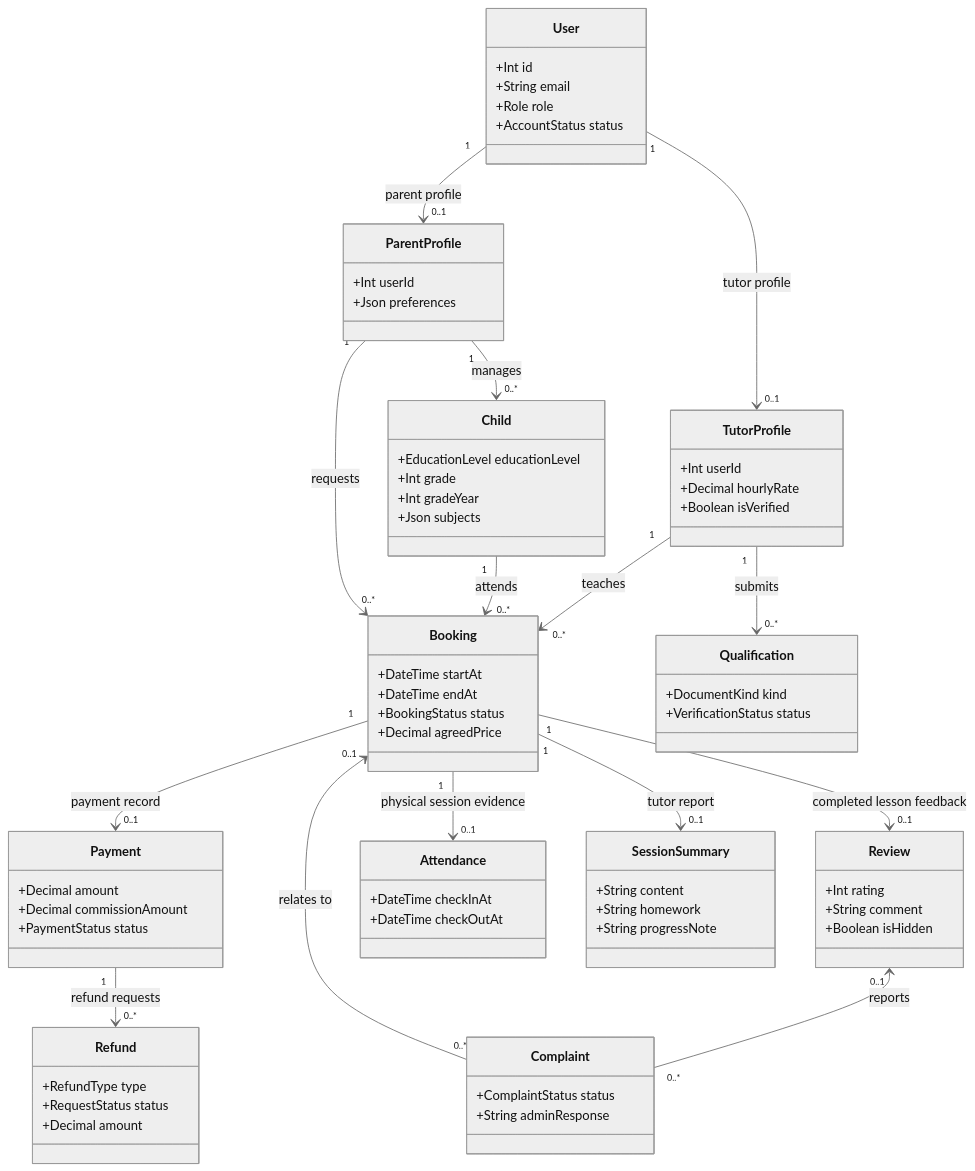
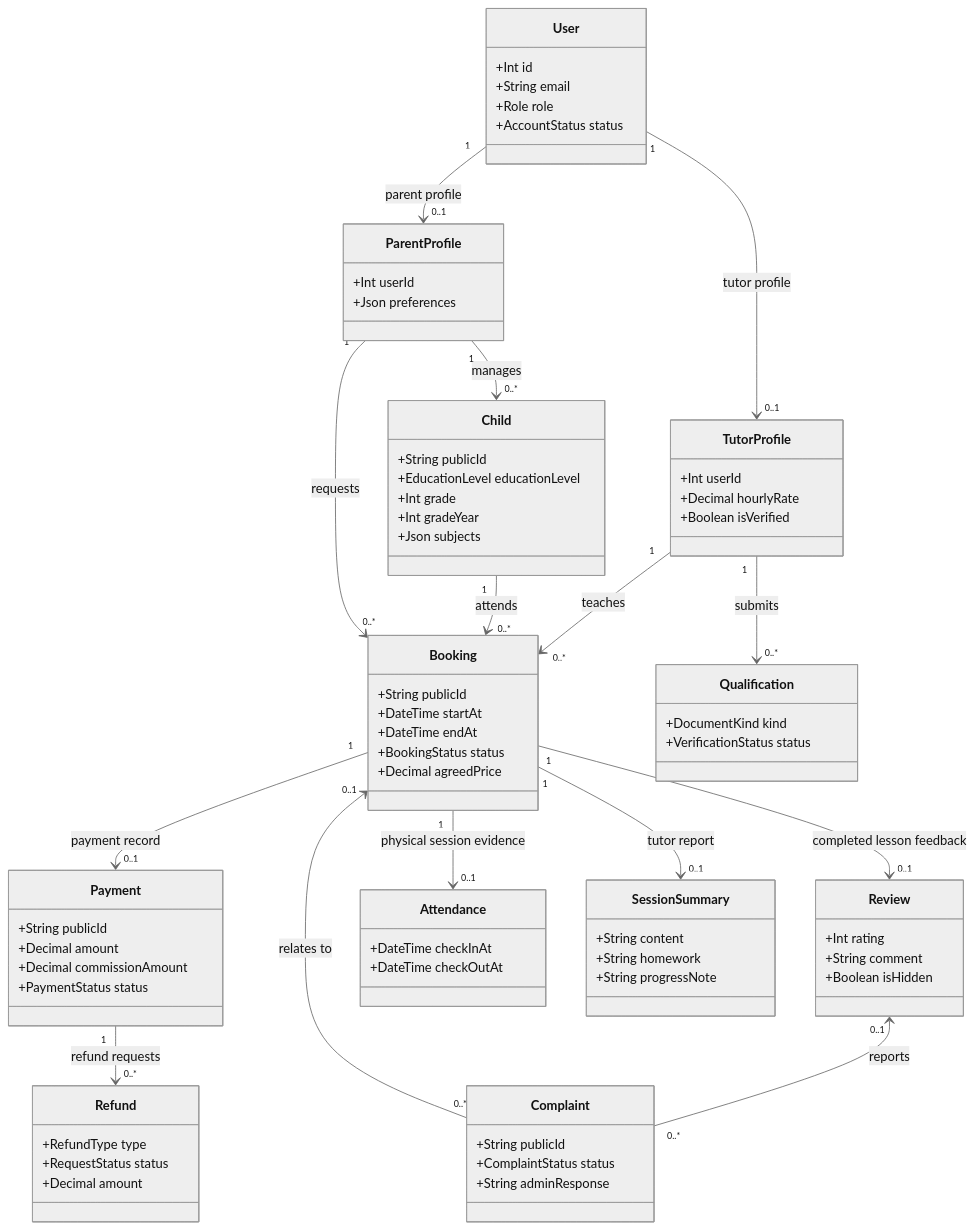
The second of 3 diagrams in docs/CURRENT_DATA_MODEL.md (Xinyue1006/wondertutor), drawn with Mermaid (neutral theme) before and after one commit. The commit also changed other lines of this file and 51 other files, not shown here.

````diff
--- a/docs/CURRENT_DATA_MODEL.md
+++ b/docs/CURRENT_DATA_MODEL.md
@@ -355,76 +361,80 @@
 ```mermaid
 classDiagram
   class User {
     +Int id
     +String email
     +Role role
     +AccountStatus status
   }
   class ParentProfile {
     +Int userId
     +Json preferences
   }
   class TutorProfile {
     +Int userId
     +Decimal hourlyRate
     +Boolean isVerified
   }
   class Child {
+    +String publicId
     +EducationLevel educationLevel
     +Int grade
     +Int gradeYear
     +Json subjects
   }
   class Booking {
+    +String publicId
     +DateTime startAt
     +DateTime endAt
     +BookingStatus status
     +Decimal agreedPrice
   }
   class Payment {
+    +String publicId
     +Decimal amount
     +Decimal commissionAmount
     +PaymentStatus status
   }
   class Refund {
     +RefundType type
     +RequestStatus status
     +Decimal amount
   }
   class Review {
     +Int rating
     +String comment
     +Boolean isHidden
   }
   class Complaint {
+    +String publicId
     +ComplaintStatus status
     +String adminResponse
   }
   class Qualification {
     +DocumentKind kind
     +VerificationStatus status
   }
   class Attendance {
     +DateTime checkInAt
     +DateTime checkOutAt
   }
   class SessionSummary {
     +String content
     +String homework
     +String progressNote
   }
   User "1" --> "0..1" ParentProfile : parent profile
   User "1" --> "0..1" TutorProfile : tutor profile
   ParentProfile "1" --> "0..*" Child : manages
   ParentProfile "1" --> "0..*" Booking : requests
   Child "1" --> "0..*" Booking : attends
   TutorProfile "1" --> "0..*" Booking : teaches
   TutorProfile "1" --> "0..*" Qualification : submits
   Booking "1" --> "0..1" Payment : payment record
   Payment "1" --> "0..*" Refund : refund requests
   Booking "1" --> "0..1" Review : completed lesson feedback
   Booking "1" --> "0..1" Attendance : physical session evidence
   Booking "1" --> "0..1" SessionSummary : tutor report
   Booking "0..1" <-- "0..*" Complaint : relates to
   Review "0..1" <-- "0..*" Complaint : reports
 ```
````
